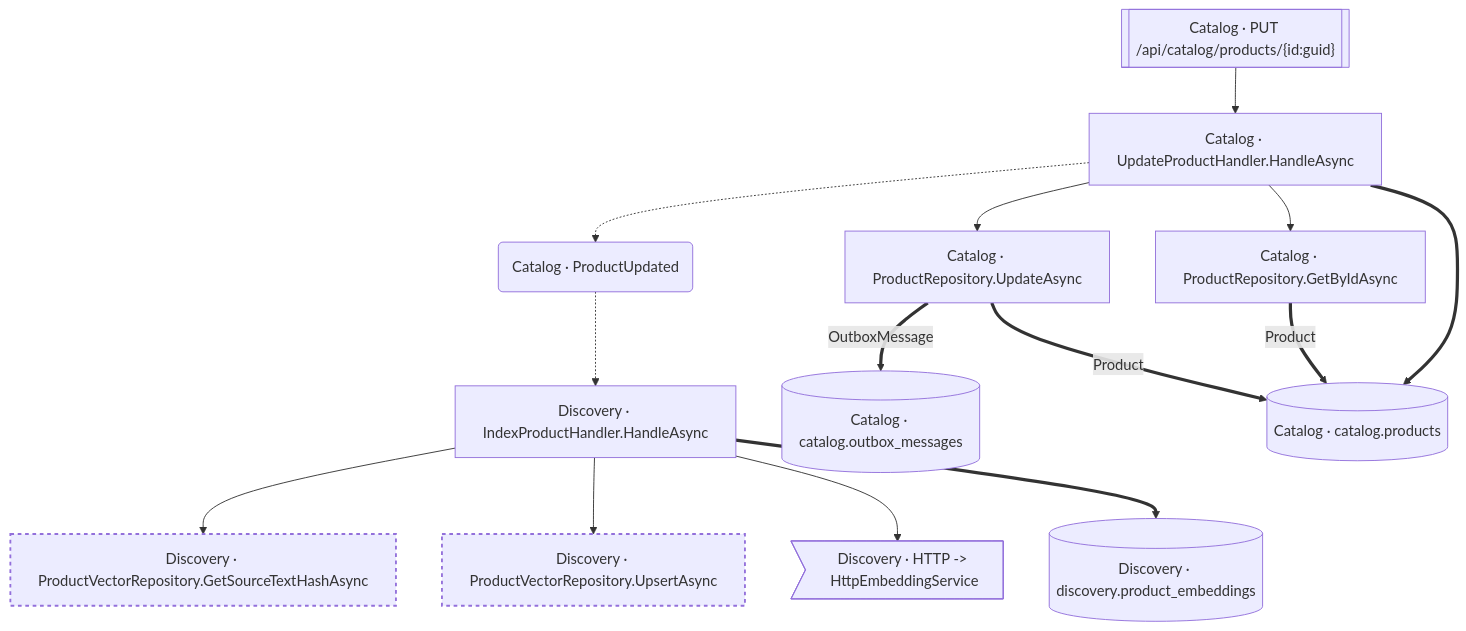
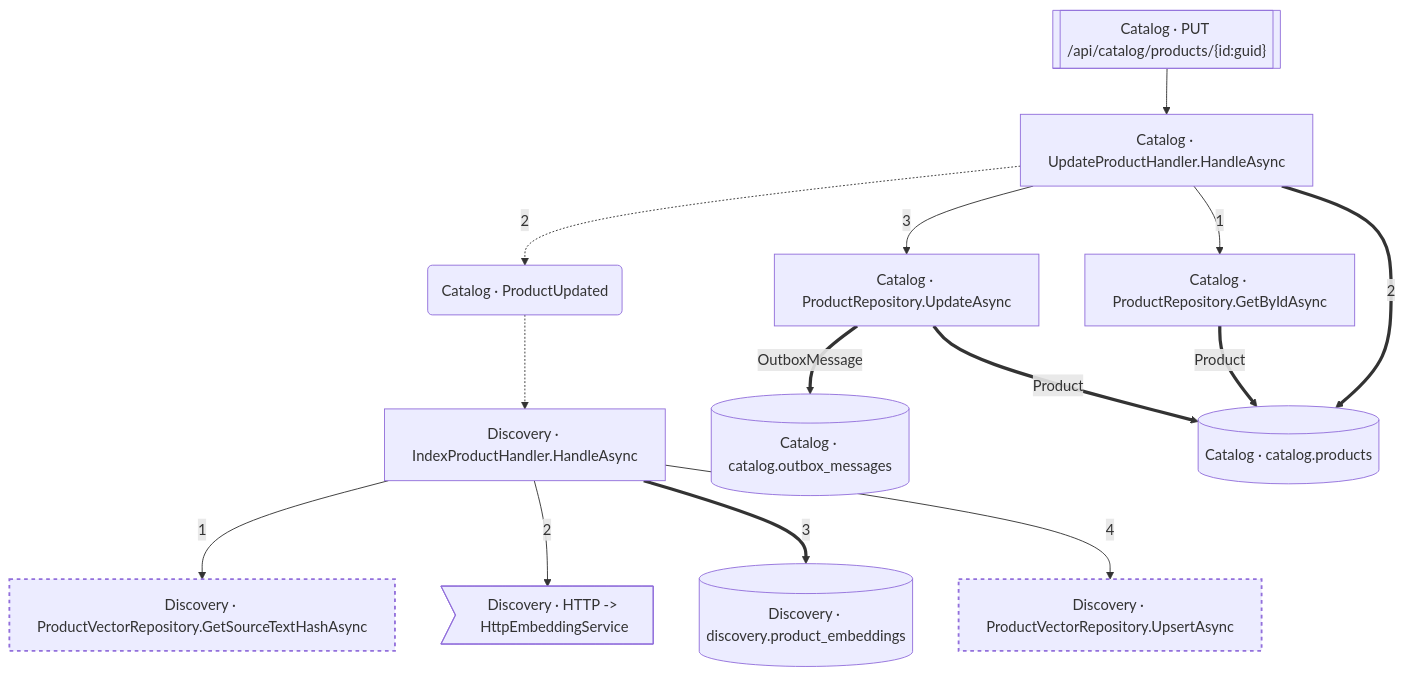
One commit to onurnafiguzel/FlowLens changed the diagram in out/flows/put-api-catalog-products-id-guid.md. Above: the diagram before and after it, drawn with Mermaid. The commit also changed other lines of this file and 28 other files, not shown here.

Commit message:
feat(graph): record call sites on CALLS edges and feat(docs): order sibling edges by source position, number call sites and docs: regenerate site with source-ordered flow diagrams

````diff
--- a/out/flows/put-api-catalog-products-id-guid.md
+++ b/out/flows/put-api-catalog-products-id-guid.md
@@ -7,32 +7,32 @@
 ```mermaid
 flowchart TD
   n0["Catalog · UpdateProductHandler.HandleAsync"]
   n1["Catalog · ProductRepository.GetByIdAsync"]
   n2["Catalog · ProductRepository.UpdateAsync"]
   n3["Discovery · IndexProductHandler.HandleAsync"]
   n4["Discovery · ProductVectorRepository.GetSourceTextHashAsync"]
   n5["Discovery · ProductVectorRepository.UpsertAsync"]
   n6[["Catalog · PUT /api/catalog/products/{id:guid}"]]
   n7("Catalog · ProductUpdated")
   n8>"Discovery · HTTP -&gt; HttpEmbeddingService"]
   n9[("Catalog · catalog.outbox_messages")]
   n10[("Catalog · catalog.products")]
   n11[("Discovery · discovery.product_embeddings")]
 
-  n0 --> n1
-  n0 --> n2
-  n0 -.-> n7
-  n0 ==> n10
+  n0 -->|"1"| n1
+  n0 -.->|"2"| n7
+  n0 ==>|"2"| n10
+  n0 -->|"3"| n2
   n1 ==>|"Product"| n10
   n2 ==>|"OutboxMessage"| n9
   n2 ==>|"Product"| n10
-  n3 --> n4
-  n3 --> n5
-  n3 --> n8
-  n3 ==> n11
+  n3 -->|"1"| n4
+  n3 -->|"2"| n8
+  n3 ==>|"3"| n11
+  n3 -->|"4"| n5
   n6 --> n0
   n7 -.-> n3
 
   classDef unseen stroke-dasharray: 4 4,stroke-width:2px
   class n4,n5 unseen
 ```
````
